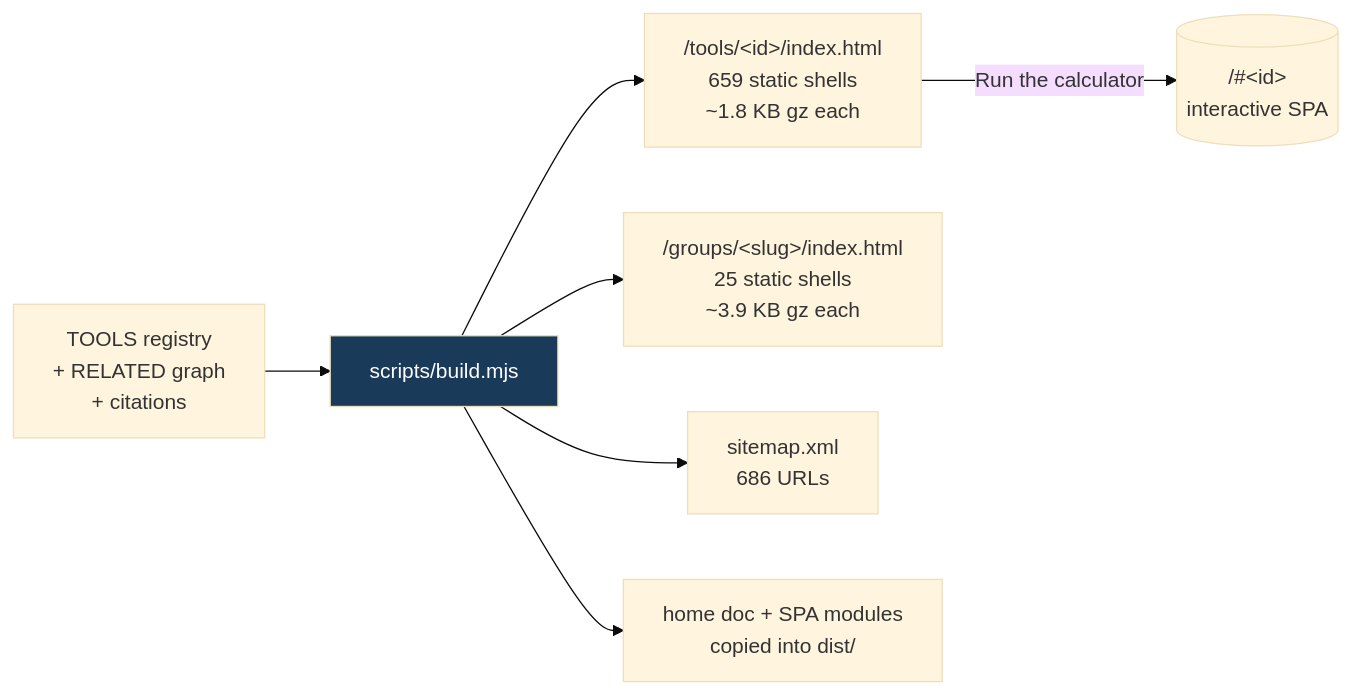
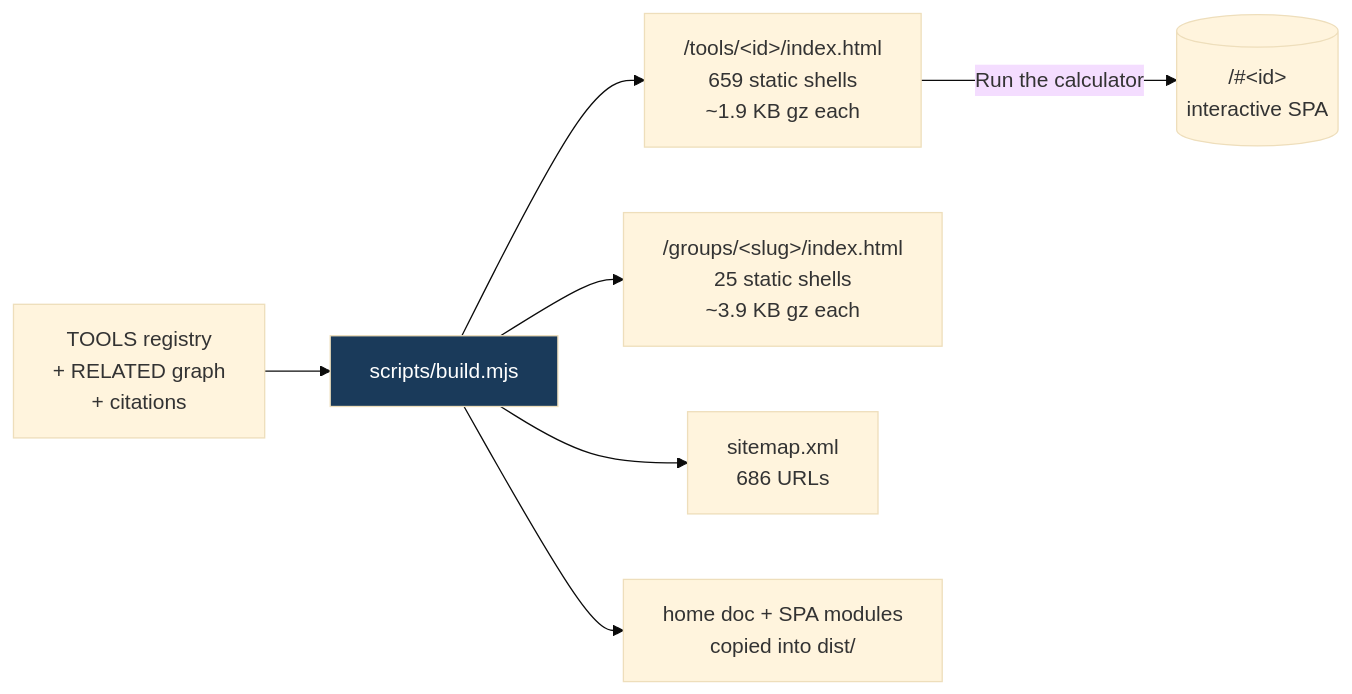
Before and after one commit to clay-good/roughlogic.com: the fifth of 8 diagrams in README.md, drawn with Mermaid (base theme). The commit also changed other lines of this file, not shown here.

````diff
--- a/README.md
+++ b/README.md
@@ -434,10 +434,10 @@
 ```mermaid
 flowchart LR
     SRC[TOOLS registry\n+ RELATED graph\n+ citations] --> BUILD[scripts/build.mjs]
-    BUILD --> TILE["/tools/&lt;id&gt;/index.html\n659 static shells\n~1.8 KB gz each"]
+    BUILD --> TILE["/tools/&lt;id&gt;/index.html\n659 static shells\n~1.9 KB gz each"]
     BUILD --> GROUP["/groups/&lt;slug&gt;/index.html\n25 static shells\n~3.9 KB gz each"]
     BUILD --> MAP["sitemap.xml\n686 URLs"]
     BUILD --> COPY[home doc + SPA modules\ncopied into dist/]
     TILE -->|Run the calculator| SPA[("/#&lt;id&gt;\ninteractive SPA")]
     style BUILD fill:#1a3a5a,color:#fff
 ```
````
